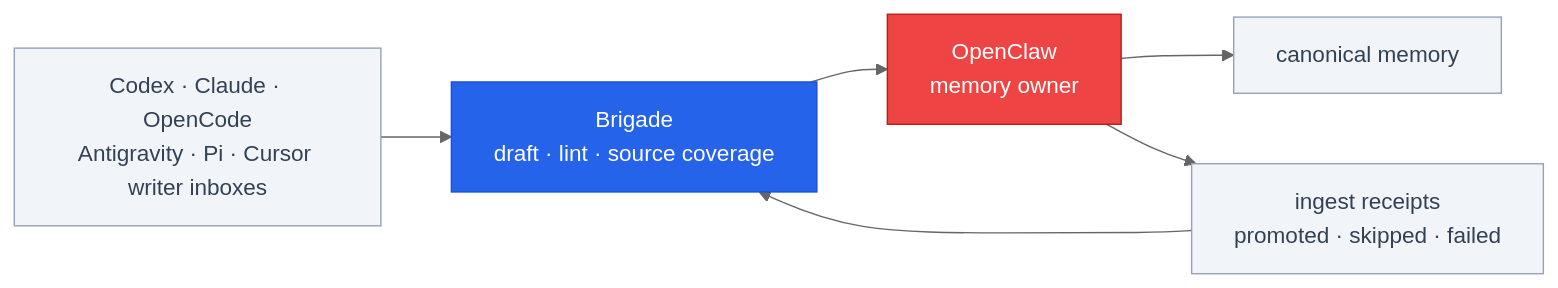
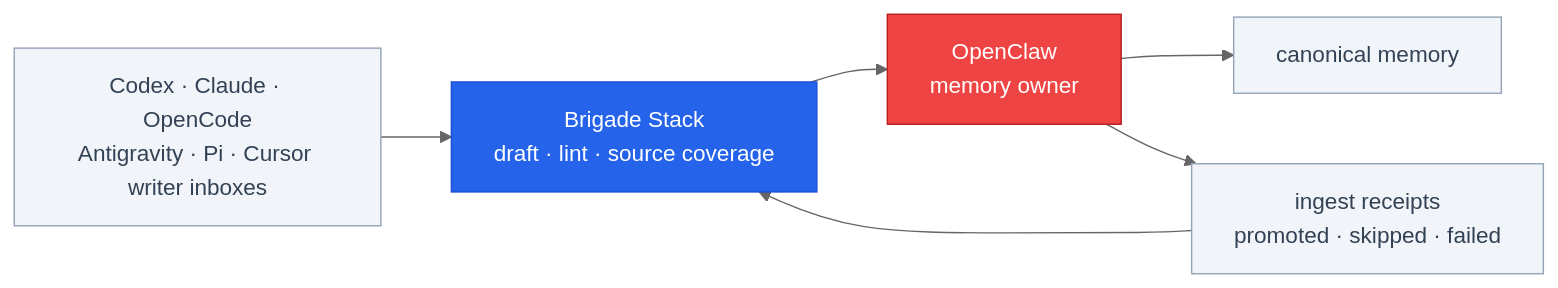
Before and after one commit to escoffier-labs/brigade: the tenth of 12 diagrams in docs/overview.md, drawn with Mermaid (neutral theme). The commit also changed other lines of this file and 16 other files, not shown here.

Commit message:
feat(cli): adopt Brigade Stack terminology and neutral starter seats

````diff
--- a/docs/overview.md
+++ b/docs/overview.md
@@ -584,18 +586,18 @@
 ```mermaid
 flowchart LR
     WRITERS["Codex · Claude · OpenCode<br/>Antigravity · Pi · Cursor writer inboxes"]
-    BRIGADE["Brigade<br/>draft · lint · source coverage"]
+    BRIGADE["Brigade Stack<br/>draft · lint · source coverage"]
     OPENCLAW["OpenClaw<br/>memory owner"]
     MEMORY["canonical memory"]
     RECEIPTS["ingest receipts<br/>promoted · skipped · failed"]
 
     WRITERS --> BRIGADE --> OPENCLAW --> MEMORY
     OPENCLAW --> RECEIPTS --> BRIGADE
 
     classDef brigade fill:#2563eb,stroke:#1d4ed8,color:#fff;
     classDef owner fill:#ef4444,stroke:#b91c1c,color:#fff;
     classDef local fill:#f1f5f9,stroke:#94a3b8,color:#334155;
     class BRIGADE brigade;
     class OPENCLAW owner;
     class WRITERS,MEMORY,RECEIPTS local;
 ```
````
